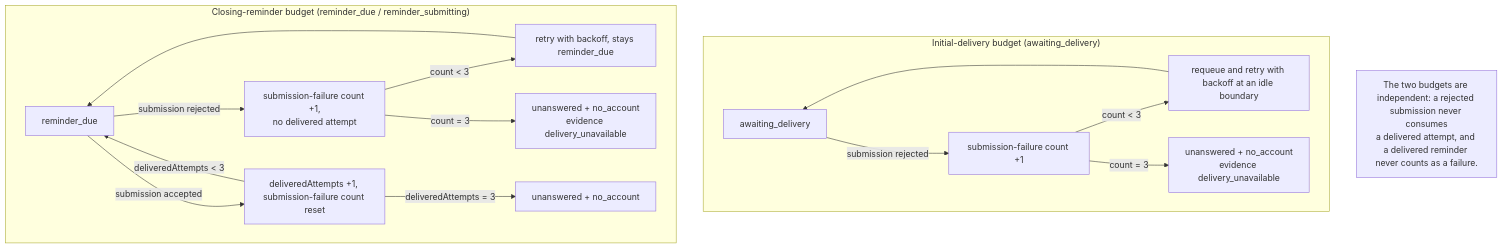
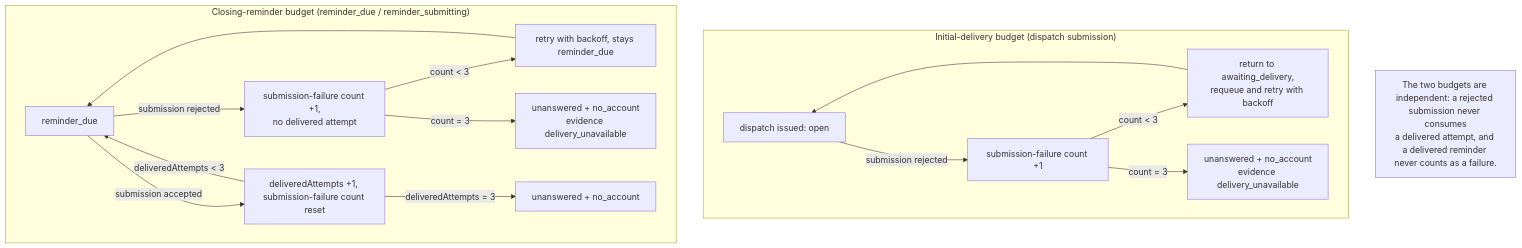
Before and after one commit to LelouchHe/webagent: the fourth of 6 diagrams in docs/task-mcp.md, drawn with Mermaid. The commit also changed other lines of this file and 6 other files, not shown here.

First line of the commit message:
fix(tasks): open the obligation when the dispatch is handed to the target

````diff
--- a/docs/task-mcp.md
+++ b/docs/task-mcp.md
@@ -231,19 +239,19 @@
 ```mermaid
 flowchart TD
-    subgraph Initial["Initial-delivery budget (awaiting_delivery)"]
-        A1[awaiting_delivery] -->|submission rejected| A2[submission-failure count +1]
-        A2 -->|count < 3| A3[requeue and retry with backoff at an idle boundary]
+    subgraph Initial["Initial-delivery budget (dispatch submission)"]
+        A1[dispatch issued: open] -->|submission rejected| A2[submission-failure count +1]
+        A2 -->|count < 3| A3[return to awaiting_delivery,<br/>requeue and retry with backoff]
         A3 --> A1
         A2 -->|count = 3| A4[unanswered + no_account<br/>evidence delivery_unavailable]
     end
     subgraph Closing["Closing-reminder budget (reminder_due / reminder_submitting)"]
         B1[reminder_due] -->|submission rejected| B2[submission-failure count +1,<br/>no delivered attempt]
         B2 -->|count < 3| B3[retry with backoff, stays reminder_due]
         B3 --> B1
         B2 -->|count = 3| B4[unanswered + no_account<br/>evidence delivery_unavailable]
         B1 -->|submission accepted| B5[deliveredAttempts +1, submission-failure count reset]
         B5 -->|deliveredAttempts < 3| B1
         B5 -->|deliveredAttempts = 3| B6[unanswered + no_account]
     end
     Note[The two budgets are independent: a rejected submission never consumes<br/>a delivered attempt, and a delivered reminder never counts as a failure.]
 ```
````
